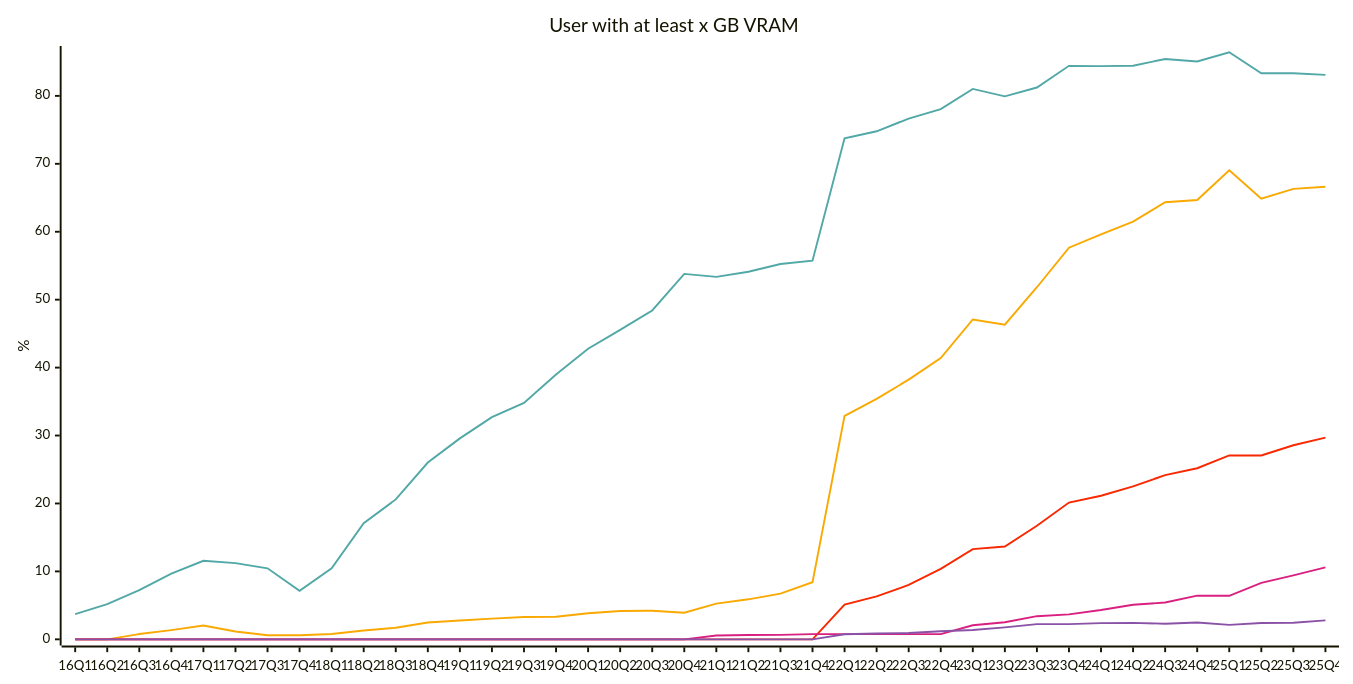
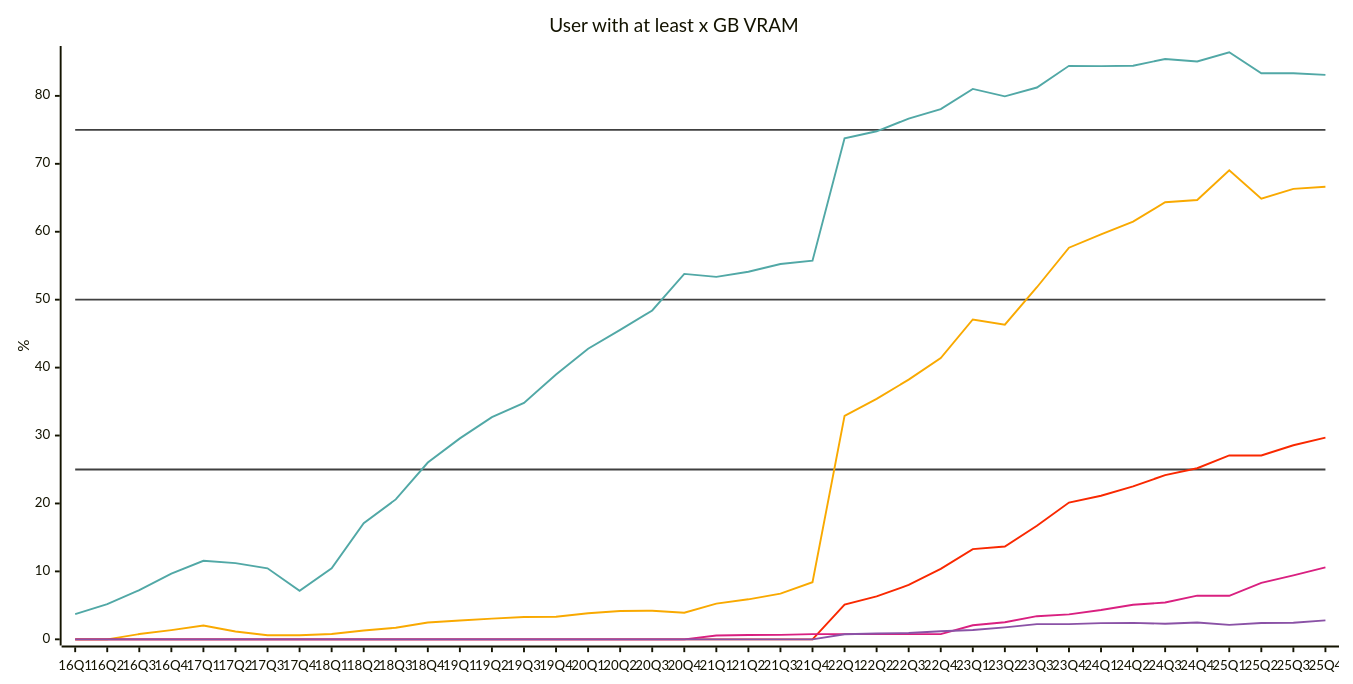
Before and after one commit to jdegene/steamHWsurvey: the tenth of 29 diagrams in README.md, drawn with Mermaid. The commit also changed other lines of this file and 1 other file, not shown here.

````diff
--- a/README.md
+++ b/README.md
@@ -324,23 +324,26 @@
 ```mermaid
 ---
 config:
     xyChart:
         width: 1400
         height: 700
         
     themeVariables:
         xyChart:
-            plotColorPalette: "#51a8a6,#f9a900,#f92800,#d92080,#8a52a6"
+            plotColorPalette: "#404040,#404040,#404040,#51a8a6,#f9a900,#f92800,#d92080,#8a52a6"
 
 --- 
 
 xychart-beta
     title "User with at least x GB VRAM"
     x-axis [16Q1, 16Q2, 16Q3, 16Q4, 17Q1, 17Q2, 17Q3, 17Q4, 18Q1, 18Q2, 18Q3, 18Q4, 19Q1, 19Q2, 19Q3, 19Q4, 20Q1, 20Q2, 20Q3, 20Q4, 21Q1, 21Q2, 21Q3, 21Q4, 22Q1, 22Q2, 22Q3, 22Q4, 23Q1, 23Q2, 23Q3, 23Q4, 24Q1, 24Q2, 24Q3, 24Q4, 25Q1, 25Q2, 25Q3, 25Q4]
     y-axis "%" 
+ line [25, 25, 25, 25, 25, 25, 25, 25, 25, 25, 25, 25, 25, 25, 25, 25, 25, 25, 25, 25, 25, 25, 25, 25, 25, 25, 25, 25, 25, 25, 25, 25, 25, 25, 25, 25, 25, 25, 25, 25]
+ line [50, 50, 50, 50, 50, 50, 50, 50, 50, 50, 50, 50, 50, 50, 50, 50, 50, 50, 50, 50, 50, 50, 50, 50, 50, 50, 50, 50, 50, 50, 50, 50, 50, 50, 50, 50, 50, 50, 50, 50]
+ line [75, 75, 75, 75, 75, 75, 75, 75, 75, 75, 75, 75, 75, 75, 75, 75, 75, 75, 75, 75, 75, 75, 75, 75, 75, 75, 75, 75, 75, 75, 75, 75, 75, 75, 75, 75, 75, 75, 75, 75]
     line [3.716666666666666, 5.183333333333334, 7.246666666666666, 9.673333333333334, 11.559999999999999, 11.223333333333334, 10.45, 7.1466666666666665, 10.453333333333333, 17.083333333333332, 20.599999999999998, 26.023333333333333, 29.580000000000002, 32.70333333333333, 34.803333333333335, 38.989999999999995, 42.78333333333333, 45.556666666666665, 48.413333333333334, 53.79666666666667, 53.35333333333333, 54.11, 55.246666666666655, 55.74, 73.74333333333333, 74.78666666666668, 76.66000000000001, 78.05666666666667, 81.02333333333333, 79.93333333333334, 81.23, 84.42333333333335, 84.37666666666667, 84.42999999999999, 85.43333333333334, 85.07000000000001, 86.42666666666666, 83.33, 83.33333333333334, 83.09500000000001]
     line [0, 0, 0.775, 1.36, 2.0366666666666666, 1.16, 0.61, 0.61, 0.79, 1.3033333333333335, 1.71, 2.48, 2.77, 3.046666666666667, 3.2766666666666664, 3.3266666666666667, 3.836666666666667, 4.16, 4.206666666666667, 3.9099999999999997, 5.256666666666667, 5.89, 6.72, 8.406666666666666, 32.903333333333336, 35.39666666666667, 38.22666666666667, 41.41, 47.08666666666666, 46.32000000000001, 51.83, 57.64999999999999, 59.596666666666664, 61.483333333333334, 64.34333333333333, 64.66333333333333, 69.03333333333333, 64.86666666666667, 66.31666666666666, 66.61500000000001]
     line [0, 0, 0, 0, 0, 0, 0, 0, 0, 0, 0, 0, 0, 0, 0, 0, 0, 0, 0, 0, 0, 0, 0, 0, 5.11, 6.3133333333333335, 8.006666666666668, 10.366666666666667, 13.273333333333333, 13.66, 16.726666666666667, 20.14, 21.14, 22.516666666666666, 24.173333333333336, 25.183333333333337, 27.063333333333333, 27.060000000000002, 28.573333333333334, 29.685]
     line [0, 0, 0, 0, 0, 0, 0, 0, 0, 0, 0, 0, 0, 0, 0, 0, 0, 0, 0, 0, 0.5549999999999999, 0.6333333333333333, 0.6599999999999999, 0.76, 0.76, 0.76, 0.76, 0.76, 2.07, 2.5233333333333334, 3.4066666666666667, 3.6799999999999997, 4.3133333333333335, 5.079999999999999, 5.413333333333333, 6.43, 6.41, 8.316666666666666, 9.403333333333334, 10.59]
     line [0, 0, 0, 0, 0, 0, 0, 0, 0, 0, 0, 0, 0, 0, 0, 0, 0, 0, 0, 0, 0, 0, 0, 0, 0.75, 0.8500000000000001, 0.9266666666666666, 1.1833333333333333, 1.3733333333333333, 1.76, 2.243333333333333, 2.2333333333333334, 2.3833333333333333, 2.4266666666666667, 2.29, 2.476666666666667, 2.13, 2.396666666666667, 2.4366666666666665, 2.785]
 ``` 
````
